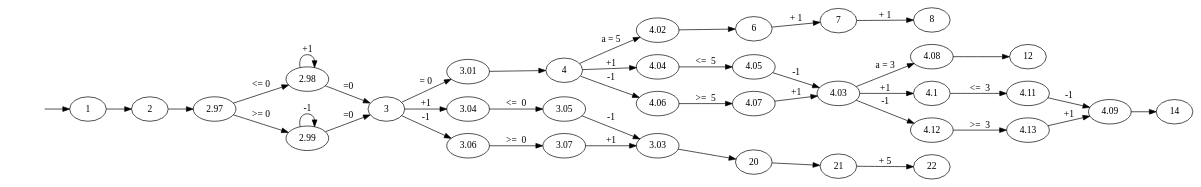
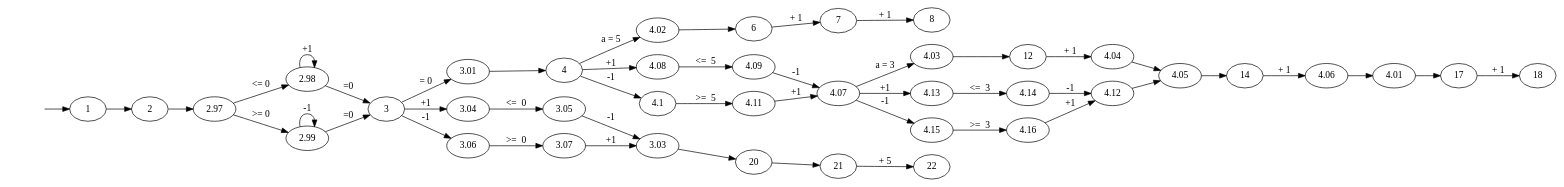
The diagram in ExpectedTestOutput/switch_reachability_automaton_test_switch.dot (lvanroy/c-dead-code-analyser), drawn with Graphviz before and after one commit. The commit also changed 5 other files, not shown here.

```diff
--- a/ExpectedTestOutput/switch_reachability_automaton_test_switch.dot
+++ b/ExpectedTestOutput/switch_reachability_automaton_test_switch.dot
@@ -1,77 +1,90 @@
 digraph G {
 		rankdir=LR
 		Q0[label="1"];
 		Q1[label="2"];
 		Q2[label="3"];
 		Q3[label="2.97"];
 		Q4[label="2.98"];
 		Q5[label="2.99"];
 		Q6[label="3.01"];
 		Q7[label="4"];
 		Q8[label="4.02"];
 		Q9[label="6"];
 		Q10[label="7"];
 		Q11[label="8"];
-		Q12[label="4.04"];
-		Q13[label="4.05"];
-		Q14[label="4.06"];
-		Q15[label="4.07"];
-		Q16[label="4.03"];
-		Q17[label="4.08"];
-		Q18[label="12"];
-		Q19[label="4.1"];
-		Q20[label="4.11"];
-		Q21[label="4.12"];
-		Q22[label="4.13"];
-		Q23[label="4.09"];
-		Q24[label="14"];
-		Q25[label="3.03"];
-		Q26[label="20"];
-		Q27[label="21"];
-		Q28[label="22"];
-		Q29[label="3.04"];
-		Q30[label="3.05"];
-		Q31[label="3.06"];
-		Q32[label="3.07"];
+		Q12[label="4.03"];
+		Q13[label="12"];
+		Q14[label="4.04"];
+		Q15[label="4.05"];
+		Q16[label="14"];
+		Q17[label="4.06"];
+		Q18[label="4.07"];
+		Q19[label="4.08"];
+		Q20[label="4.09"];
+		Q21[label="4.1"];
+		Q22[label="4.11"];
+		Q23[label="4.12"];
+		Q24[label="4.13"];
+		Q25[label="4.14"];
+		Q26[label="4.15"];
+		Q27[label="4.16"];
+		Q28[label="4.01"];
+		Q29[label="17"];
+		Q30[label="18"];
+		Q31[label="3.03"];
+		Q32[label="20"];
+		Q33[label="21"];
+		Q34[label="22"];
+		Q35[label="3.04"];
+		Q36[label="3.05"];
+		Q37[label="3.06"];
+		Q38[label="3.07"];
 		Qi[style=invis];
 		Qi -> Q0 [label=""]
 		Q0 -> Q1 [label=""]
 		Q3 -> Q4 [label="<= 0"]
 		Q4 -> Q4 [label="+1"]
 		Q4 -> Q2 [label="=0"]
 		Q3 -> Q5 [label=">= 0"]
 		Q5 -> Q5 [label="-1"]
 		Q5 -> Q2 [label="=0"]
 		Q1 -> Q3 [label=""]
 		Q6 -> Q7 [label=""]
-		Q7 -> Q8 [label="a = 5"]
 		Q8 -> Q9 [label=""]
 		Q9 -> Q10 [label="+ 1"]
 		Q10 -> Q11 [label="+ 1"]
-		Q7 -> Q12 [label="+1"]
-		Q12 -> Q13 [label="<=  5"]
-		Q13 -> Q16 [label="-1"]
-		Q7 -> Q14 [label="-1"]
-		Q14 -> Q15 [label=">=  5"]
-		Q15 -> Q16 [label="+1"]
-		Q16 -> Q17 [label="a = 3"]
-		Q17 -> Q18 [label=""]
-		Q16 -> Q19 [label="+1"]
-		Q19 -> Q20 [label="<=  3"]
-		Q20 -> Q23 [label="-1"]
-		Q16 -> Q21 [label="-1"]
-		Q21 -> Q22 [label=">=  3"]
-		Q22 -> Q23 [label="+1"]
-		Q23 -> Q24 [label=""]
-		Q25 -> Q26 [label=""]
-		Q26 -> Q27 [label=""]
-		Q27 -> Q28 [label="+ 5"]
+		Q12 -> Q13 [label=""]
+		Q13 -> Q14 [label="+ 1"]
+		Q14 -> Q15 [label=""]
+		Q15 -> Q16 [label=""]
+		Q16 -> Q17 [label="+ 1"]
+		Q7 -> Q8 [label="a = 5"]
+		Q7 -> Q19 [label="+1"]
+		Q19 -> Q20 [label="<=  5"]
+		Q20 -> Q18 [label="-1"]
+		Q7 -> Q21 [label="-1"]
+		Q21 -> Q22 [label=">=  5"]
+		Q22 -> Q18 [label="+1"]
+		Q18 -> Q12 [label="a = 3"]
+		Q18 -> Q24 [label="+1"]
+		Q24 -> Q25 [label="<=  3"]
+		Q25 -> Q23 [label="-1"]
+		Q18 -> Q26 [label="-1"]
+		Q26 -> Q27 [label=">=  3"]
+		Q27 -> Q23 [label="+1"]
+		Q23 -> Q15 [label=""]
+		Q17 -> Q28 [label=""]
+		Q28 -> Q29 [label=""]
+		Q29 -> Q30 [label="+ 1"]
+		Q31 -> Q32 [label=""]
+		Q32 -> Q33 [label=""]
+		Q33 -> Q34 [label="+ 5"]
 		Q2 -> Q6 [label="= 0"]
-		Q2 -> Q29 [label="+1"]
-		Q29 -> Q30 [label="<=  0"]
-		Q30 -> Q25 [label="-1"]
-		Q2 -> Q31 [label="-1"]
-		Q31 -> Q32 [label=">=  0"]
-		Q32 -> Q25 [label="+1"]
+		Q2 -> Q35 [label="+1"]
+		Q35 -> Q36 [label="<=  0"]
+		Q36 -> Q31 [label="-1"]
+		Q2 -> Q37 [label="-1"]
+		Q37 -> Q38 [label=">=  0"]
+		Q38 -> Q31 [label="+1"]
 		
 }
```
